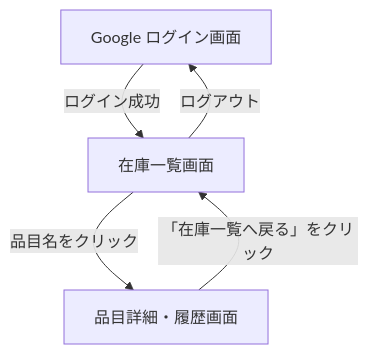
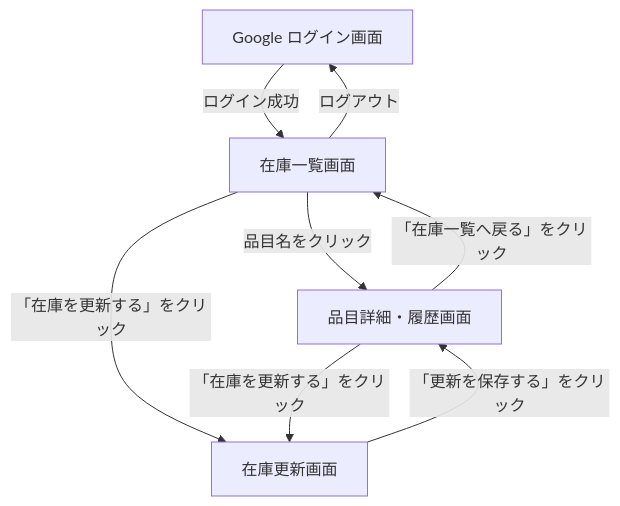
The second of 2 diagrams in README.md (bamiyanapp/uchi-stock), drawn with Mermaid before and after one commit. The commit also changed other lines of this file and 5 other files, not shown here.

````diff
--- a/README.md
+++ b/README.md
@@ -62,7 +62,10 @@
 ```mermaid
 graph TD
     Login[Google ログイン画面] --> |ログイン成功| Home[在庫一覧画面]
     Home --> |品目名をクリック| Detail[品目詳細・履歴画面]
+    Home --> |「在庫を更新する」をクリック| Update[在庫更新画面]
+    Detail --> |「在庫を更新する」をクリック| Update
+    Update --> |「更新を保存する」をクリック| Detail
     Detail --> |「在庫一覧へ戻る」をクリック| Home
     Home --> |ログアウト| Login
 ```
````
